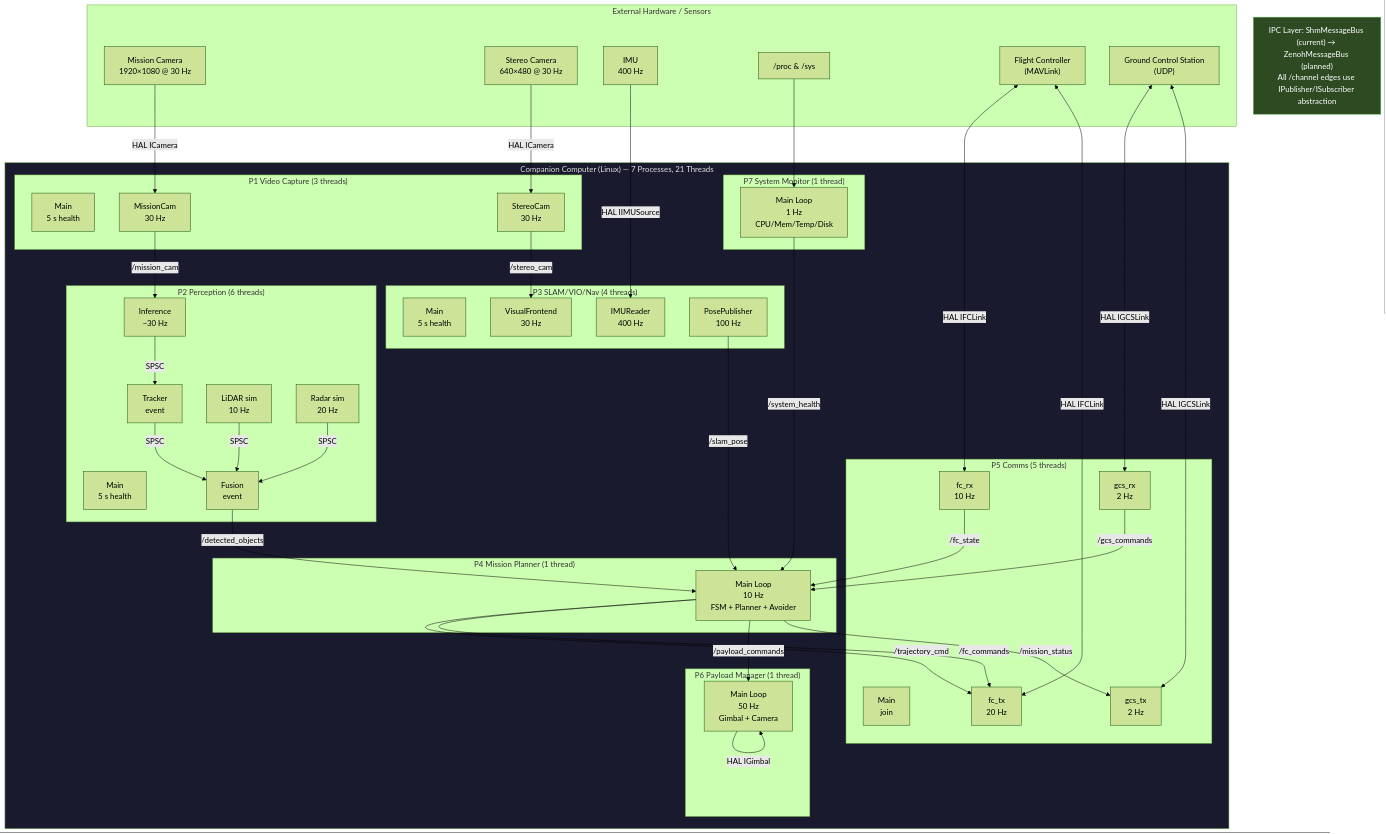
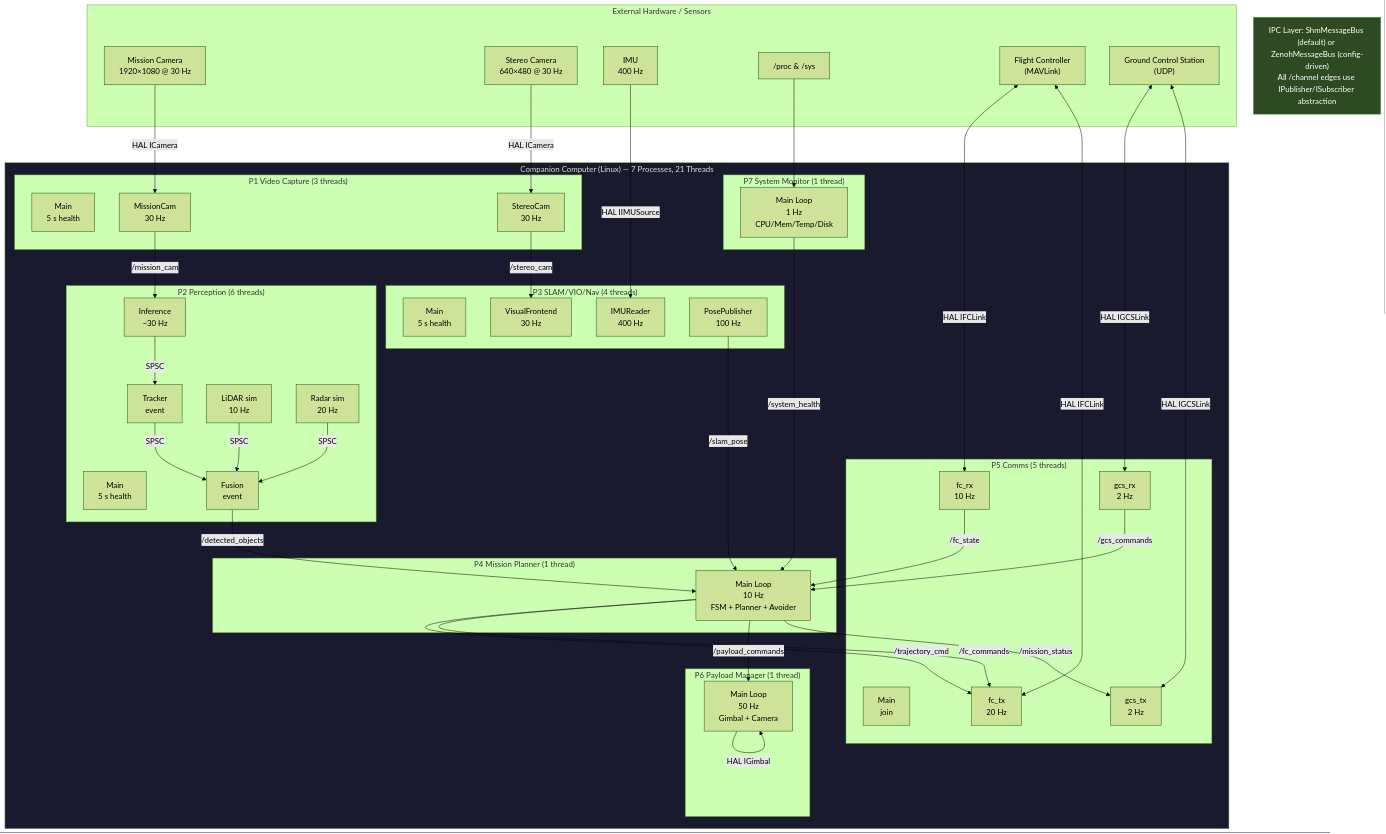
Before and after one commit to nmohamaya/companion_software_stack: the first of 9 diagrams in README.md, drawn with Mermaid (forest theme). The commit also changed other lines of this file, not shown here.

Commit message:
docs: update README — Zenoh status to implemented + IPC class diagram

````diff
--- a/README.md
+++ b/README.md
@@ -92,5 +92,5 @@
 
     style CC fill:#1a1a2e,color:#e0e0e0
     classDef ipcNote fill:#2d4a22,stroke:#4caf50,color:#fff
-    IPC_NOTE["IPC Layer: ShmMessageBus (current) → ZenohMessageBus (planned)<br/>All /channel edges use IPublisher/ISubscriber abstraction"]:::ipcNote
+    IPC_NOTE["IPC Layer: ShmMessageBus (default) or ZenohMessageBus (config-driven)<br/>All /channel edges use IPublisher/ISubscriber abstraction"]:::ipcNote
 ```
````
